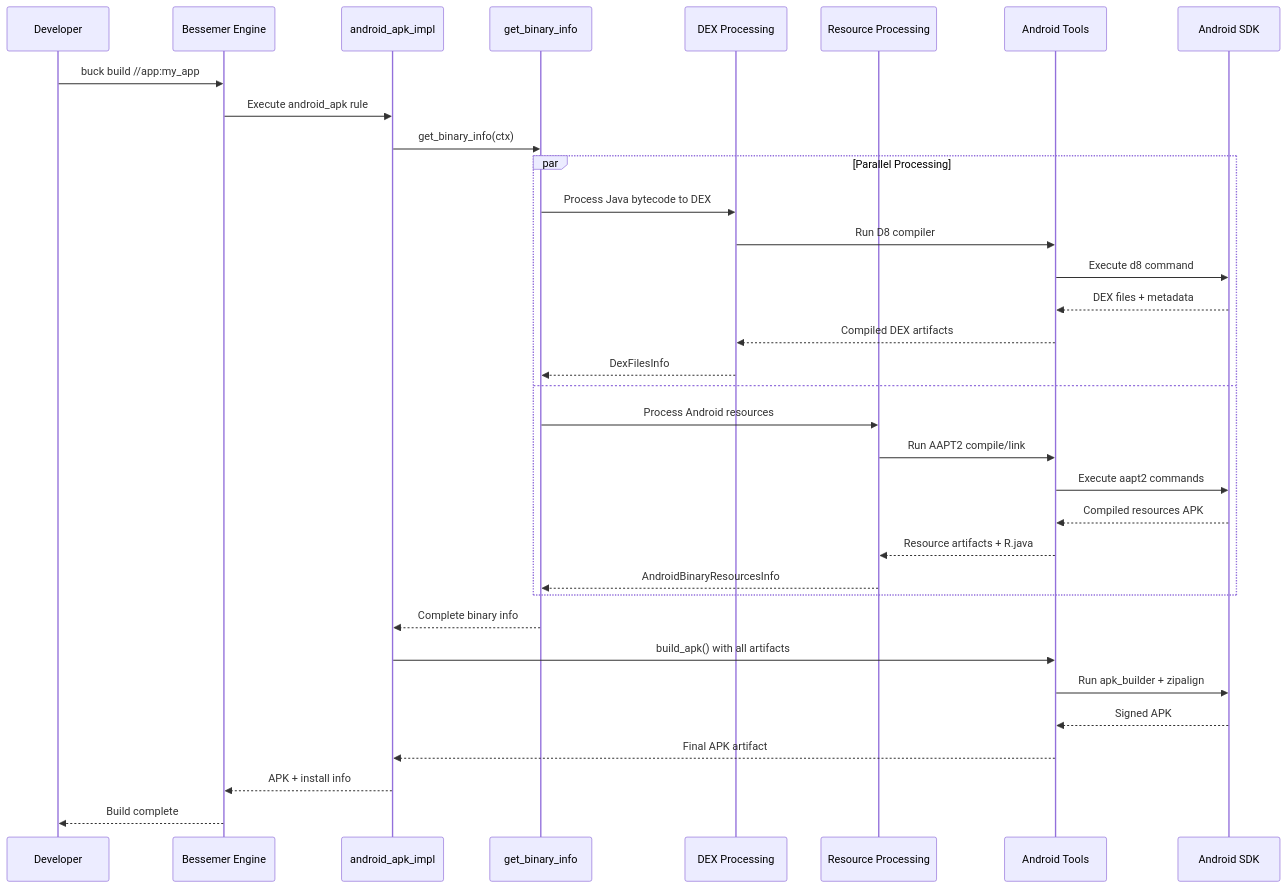
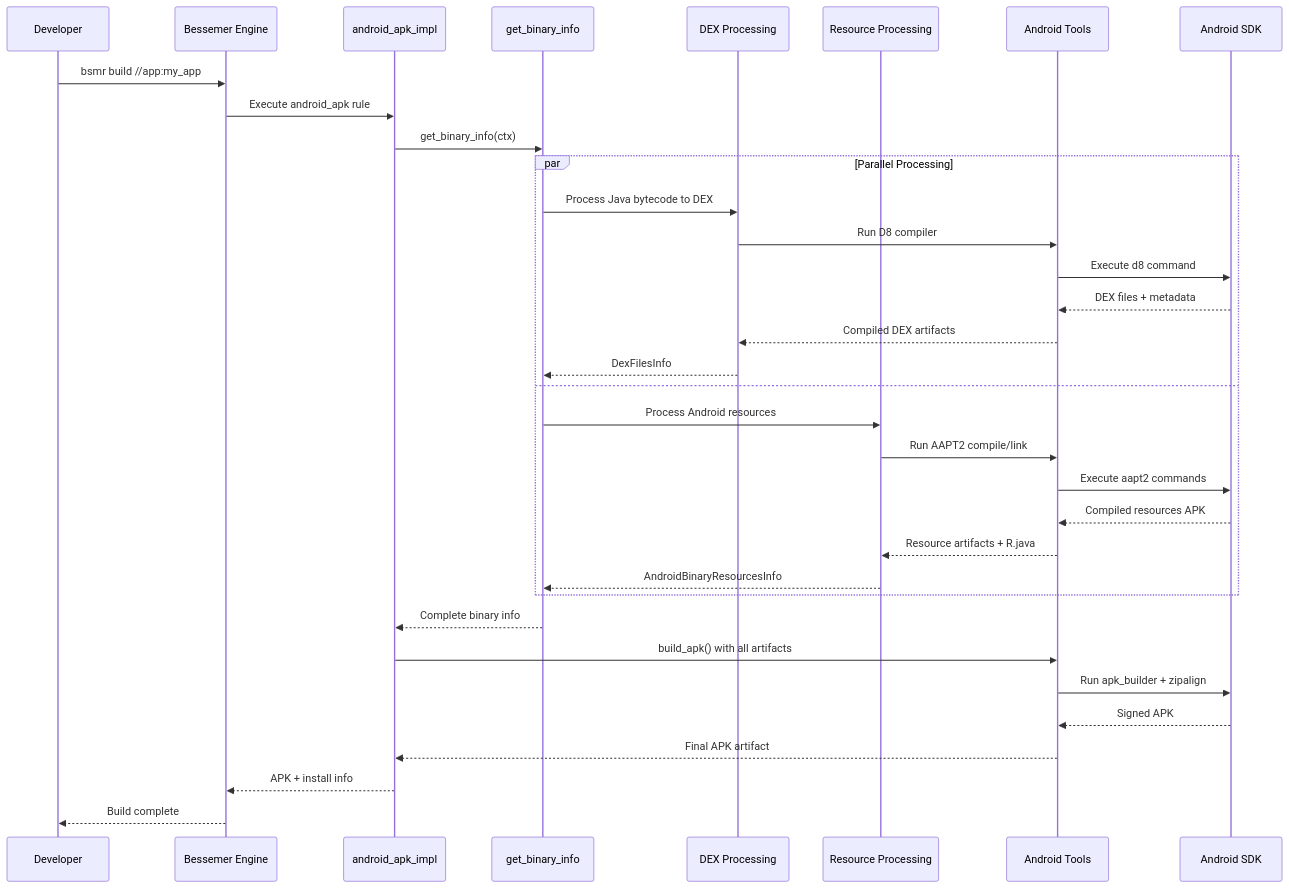
The second of 3 diagrams in prelude/android/readme.md (dedalus-labs/bsmr), drawn with Mermaid before and after one commit. The commit also changed 4061 other files, not shown here.

Commit message:
feat: complete Bessemer identity cutover (#138)

````diff
--- a/prelude/android/readme.md
+++ b/prelude/android/readme.md
@@ -278,39 +278,39 @@
 ```mermaid
 sequenceDiagram
     participant Dev as Developer
-    participant Buck as Bessemer Engine
+    participant Bsmr as Bessemer Engine
     participant APK as android_apk_impl
     participant Binary as get_binary_info
     participant DEX as DEX Processing
     participant RES as Resource Processing
     participant Tools as Android Tools
     participant SDK as Android SDK
 
-    Dev->>Buck: buck build //app:my_app
-    Buck->>APK: Execute android_apk rule
+    Dev->>Bsmr: bsmr build //app:my_app
+    Bsmr->>APK: Execute android_apk rule
     APK->>Binary: get_binary_info(ctx)
 
     par Parallel Processing
         Binary->>DEX: Process Java bytecode to DEX
         DEX->>Tools: Run D8 compiler
         Tools->>SDK: Execute d8 command
         SDK-->>Tools: DEX files + metadata
         Tools-->>DEX: Compiled DEX artifacts
         DEX-->>Binary: DexFilesInfo
     and
         Binary->>RES: Process Android resources
         RES->>Tools: Run AAPT2 compile/link
         Tools->>SDK: Execute aapt2 commands
         SDK-->>Tools: Compiled resources APK
         Tools-->>RES: Resource artifacts + R.java
         RES-->>Binary: AndroidBinaryResourcesInfo
     end
 
     Binary-->>APK: Complete binary info
     APK->>Tools: build_apk() with all artifacts
     Tools->>SDK: Run apk_builder + zipalign
     SDK-->>Tools: Signed APK
     Tools-->>APK: Final APK artifact
-    APK-->>Buck: APK + install info
-    Buck-->>Dev: Build complete
+    APK-->>Bsmr: APK + install info
+    Bsmr-->>Dev: Build complete
 ```
````
